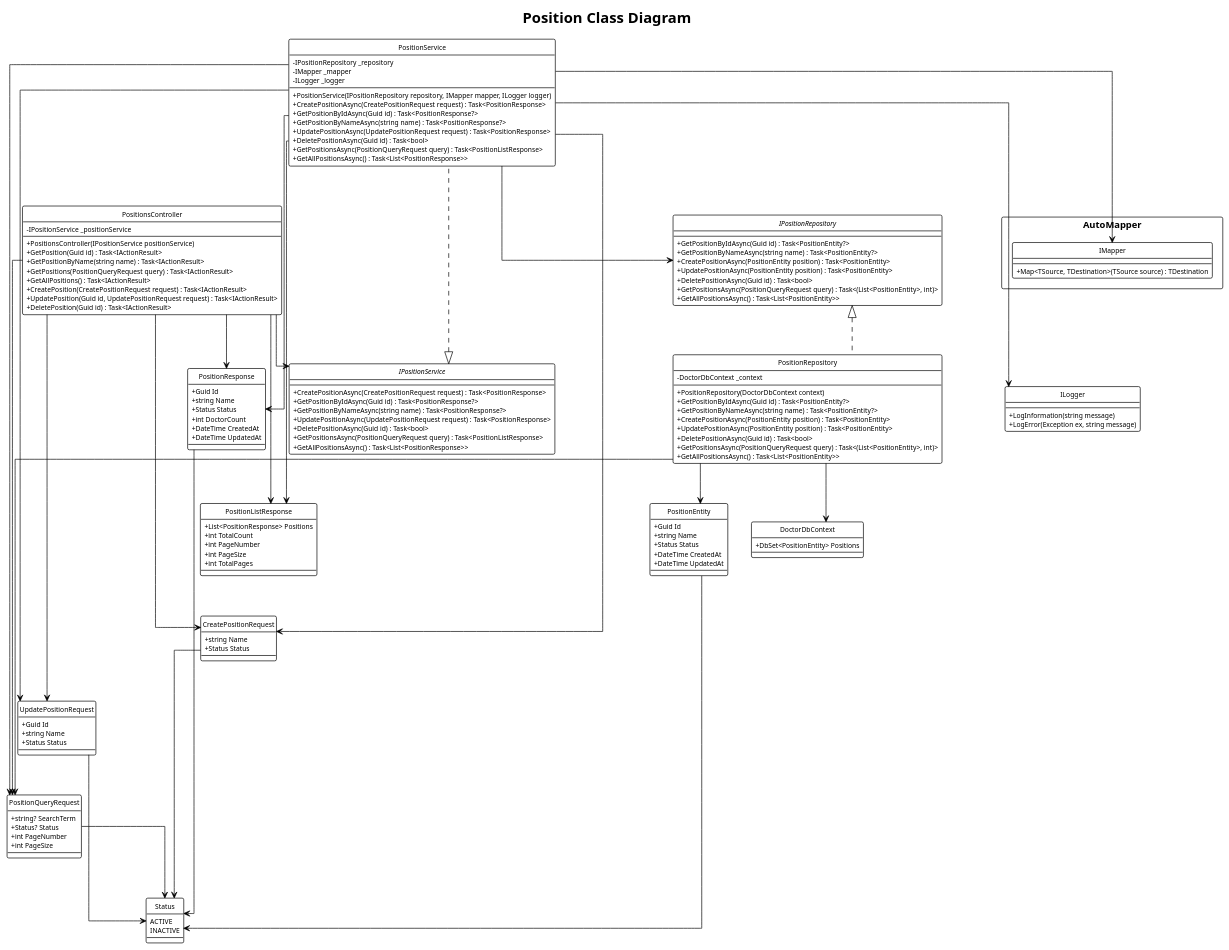
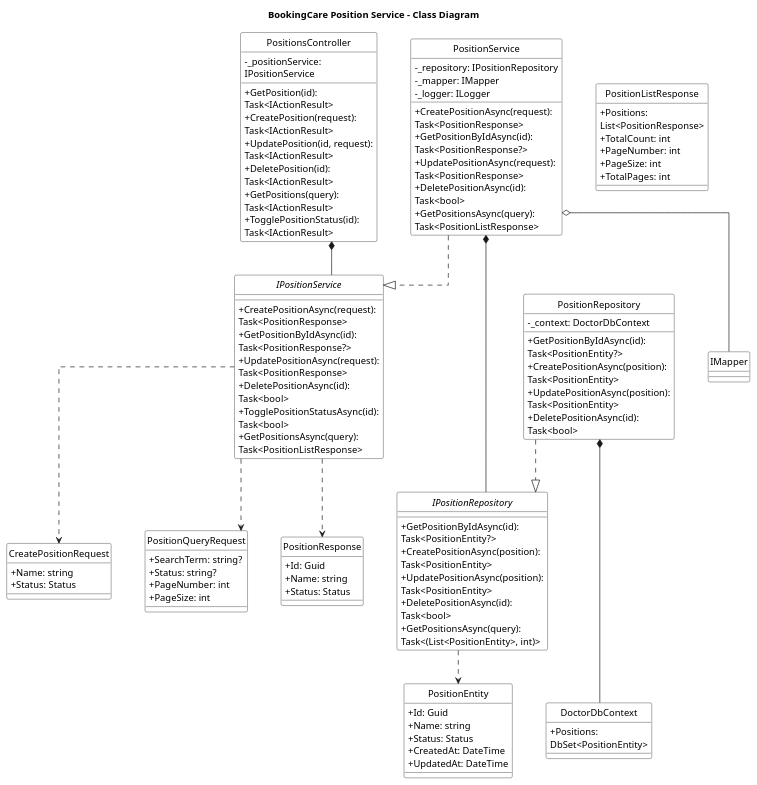
Before and after one commit to Capstone-FA25-MABS/BookingCareSystemBackend: the diagram in src/Services/BookingCare.Services.Doctor/class_diagram/position_class_diagram.puml, drawn with PlantUML. The commit also changed 28 other files, not shown here.

Commit message:
[FIX] update class diagram, markdown unit test

```diff
--- a/src/Services/BookingCare.Services.Doctor/class_diagram/position_class_diagram.puml
+++ b/src/Services/BookingCare.Services.Doctor/class_diagram/position_class_diagram.puml
@@ -1,211 +1,132 @@
-@startuml
-!theme plain
-title Position Class Diagram
+@startuml Position-Class-Diagram
+
+title BookingCare Position Service - Class Diagram
+
 hide circle
+skinparam classAttributeIconSize 0
+skinparam linetype ortho
+skinparam nodesep 50
+skinparam ranksep 50
+skinparam classBackgroundColor White
+skinparam classBorderColor Black
+skinparam wrapWidth 220
+skinparam maxMessageSize 220
 
-' ===== SKIN PARAMETERS =====
-skinparam class {
-    BackgroundColor White
-    BorderColor Black
-    ArrowColor Black
-    ArrowThickness 1
-    FontSize 10
+' ========== PRESENTATION LAYER ==========
+class PositionsController {
+    - _positionService: IPositionService
+    + GetPosition(id): Task<IActionResult>
+    + CreatePosition(request): Task<IActionResult>
+    + UpdatePosition(id, request): Task<IActionResult>
+    + DeletePosition(id): Task<IActionResult>
+    + GetPositions(query): Task<IActionResult>
+    + TogglePositionStatus(id): Task<IActionResult>
 }
 
-skinparam arrow {
-    Thickness 1
-    Color Black
+' ========== SERVICE LAYER ==========
+interface IPositionService {
+    + CreatePositionAsync(request): Task<PositionResponse>
+    + GetPositionByIdAsync(id): Task<PositionResponse?>
+    + UpdatePositionAsync(request): Task<PositionResponse>
+    + DeletePositionAsync(id): Task<bool>
+    + TogglePositionStatusAsync(id): Task<bool>
+    + GetPositionsAsync(query): Task<PositionListResponse>
 }
 
-skinparam linetype ortho
-skinparam packageStyle rectangle
-
-' ===== VISIBILITY MODIFIERS =====
-skinparam classAttribute {
-    IconSize 0
-    FontSize 10
+class PositionService {
+    - _repository: IPositionRepository
+    - _mapper: IMapper
+    - _logger: ILogger
+    + CreatePositionAsync(request): Task<PositionResponse>
+    + GetPositionByIdAsync(id): Task<PositionResponse?>
+    + UpdatePositionAsync(request): Task<PositionResponse>
+    + DeletePositionAsync(id): Task<bool>
+    + GetPositionsAsync(query): Task<PositionListResponse>
 }
 
-skinparam classMethod {
-    IconSize 0
-    FontSize 10
+' ========== REPOSITORY LAYER ==========
+interface IPositionRepository {
+    + GetPositionByIdAsync(id): Task<PositionEntity?>
+    + CreatePositionAsync(position): Task<PositionEntity>
+    + UpdatePositionAsync(position): Task<PositionEntity>
+    + DeletePositionAsync(id): Task<bool>
+    + GetPositionsAsync(query): Task<(List<PositionEntity>, int)>
 }
 
-' ===== CORE ENTITIES =====
-class PositionEntity {
-    + Guid Id
-    + string Name
-    + Status Status
-    + DateTime CreatedAt
-    + DateTime UpdatedAt
+class PositionRepository {
+    - _context: DoctorDbContext
+    + GetPositionByIdAsync(id): Task<PositionEntity?>
+    + CreatePositionAsync(position): Task<PositionEntity>
+    + UpdatePositionAsync(position): Task<PositionEntity>
+    + DeletePositionAsync(id): Task<bool>
 }
 
-' ===== REQUEST DTOs =====
-class CreatePositionRequest {
-    + string Name
-    + Status Status
+' ========== DATA LAYER ==========
+class DoctorDbContext {
+    + Positions: DbSet<PositionEntity>
 }
 
-class UpdatePositionRequest {
-    + Guid Id
-    + string Name
-    + Status Status
+' ========== ENTITIES ==========
+class PositionEntity {
+    + Id: Guid
+    + Name: string
+    + Status: Status
+    + CreatedAt: DateTime
+    + UpdatedAt: DateTime
+}
+
+' ========== DTOs ==========
+class CreatePositionRequest {
+    + Name: string
+    + Status: Status
 }
 
 class PositionQueryRequest {
-    + string? SearchTerm
-    + Status? Status
-    + int PageNumber
-    + int PageSize
+    + SearchTerm: string?
+    + Status: string?
+    + PageNumber: int
+    + PageSize: int
 }
 
-' ===== RESPONSE DTOs =====
 class PositionResponse {
-    + Guid Id
-    + string Name
-    + Status Status
-    + int DoctorCount
-    + DateTime CreatedAt
-    + DateTime UpdatedAt
+    + Id: Guid
+    + Name: string
+    + Status: Status
 }
 
 class PositionListResponse {
-    + List<PositionResponse> Positions
-    + int TotalCount
-    + int PageNumber
-    + int PageSize
-    + int TotalPages
+    + Positions: List<PositionResponse>
+    + TotalCount: int
+    + PageNumber: int
+    + PageSize: int
+    + TotalPages: int
 }
 
-' ===== REPOSITORY INTERFACE =====
-interface IPositionRepository {
-    + GetPositionByIdAsync(Guid id) : Task<PositionEntity?>
-    + GetPositionByNameAsync(string name) : Task<PositionEntity?>
-    + CreatePositionAsync(PositionEntity position) : Task<PositionEntity>
-    + UpdatePositionAsync(PositionEntity position) : Task<PositionEntity>
-    + DeletePositionAsync(Guid id) : Task<bool>
-    + GetPositionsAsync(PositionQueryRequest query) : Task<(List<PositionEntity>, int)>
-    + GetAllPositionsAsync() : Task<List<PositionEntity>>
-}
+' ========== LAYOUT HINTS ==========
+PositionsController -[hidden]down- IPositionService
+IPositionService -[hidden]down- IPositionRepository
+IPositionRepository -[hidden]down- DoctorDbContext
 
-' ===== REPOSITORY IMPLEMENTATION =====
-class PositionRepository {
-    - DoctorDbContext _context
-    --
-    + PositionRepository(DoctorDbContext context)
-    + GetPositionByIdAsync(Guid id) : Task<PositionEntity?>
-    + GetPositionByNameAsync(string name) : Task<PositionEntity?>
-    + CreatePositionAsync(PositionEntity position) : Task<PositionEntity>
-    + UpdatePositionAsync(PositionEntity position) : Task<PositionEntity>
-    + DeletePositionAsync(Guid id) : Task<bool>
-    + GetPositionsAsync(PositionQueryRequest query) : Task<(List<PositionEntity>, int)>
-    + GetAllPositionsAsync() : Task<List<PositionEntity>>
-}
+' ========== RELATIONSHIPS ==========
 
-' ===== SERVICE INTERFACE =====
-interface IPositionService {
-    + CreatePositionAsync(CreatePositionRequest request) : Task<PositionResponse>
-    + GetPositionByIdAsync(Guid id) : Task<PositionResponse?>
-    + GetPositionByNameAsync(string name) : Task<PositionResponse?>
-    + UpdatePositionAsync(UpdatePositionRequest request) : Task<PositionResponse>
-    + DeletePositionAsync(Guid id) : Task<bool>
-    + GetPositionsAsync(PositionQueryRequest query) : Task<PositionListResponse>
-    + GetAllPositionsAsync() : Task<List<PositionResponse>>
-}
+' Controller Layer
+PositionsController *-- IPositionService
 
-' ===== SERVICE IMPLEMENTATION =====
-class PositionService {
-    - IPositionRepository _repository
-    - IMapper _mapper
-    - ILogger _logger
-    --
-    + PositionService(IPositionRepository repository, IMapper mapper, ILogger logger)
-    + CreatePositionAsync(CreatePositionRequest request) : Task<PositionResponse>
-    + GetPositionByIdAsync(Guid id) : Task<PositionResponse?>
-    + GetPositionByNameAsync(string name) : Task<PositionResponse?>
-    + UpdatePositionAsync(UpdatePositionRequest request) : Task<PositionResponse>
-    + DeletePositionAsync(Guid id) : Task<bool>
-    + GetPositionsAsync(PositionQueryRequest query) : Task<PositionListResponse>
-    + GetAllPositionsAsync() : Task<List<PositionResponse>>
-}
+' Service Layer
+PositionService ..|> IPositionService
+PositionService *-- IPositionRepository
+PositionService o-- IMapper
 
-' ===== CONTROLLER =====
-class PositionsController {
-    - IPositionService _positionService
-    --
-    + PositionsController(IPositionService positionService)
-    + GetPosition(Guid id) : Task<IActionResult>
-    + GetPositionByName(string name) : Task<IActionResult>
-    + GetPositions(PositionQueryRequest query) : Task<IActionResult>
-    + GetAllPositions() : Task<IActionResult>
-    + CreatePosition(CreatePositionRequest request) : Task<IActionResult>
-    + UpdatePosition(Guid id, UpdatePositionRequest request) : Task<IActionResult>
-    + DeletePosition(Guid id) : Task<IActionResult>
-}
+' Repository Layer
+PositionRepository ..|> IPositionRepository
+PositionRepository *-- DoctorDbContext
 
-' ===== EXTERNAL DEPENDENCIES =====
-class DoctorDbContext {
-    + DbSet<PositionEntity> Positions
-}
+' Service Uses DTOs
+IPositionService ..> CreatePositionRequest
+IPositionService ..> PositionQueryRequest
+IPositionService ..> PositionResponse
 
-class AutoMapper.IMapper {
-    + Map<TSource, TDestination>(TSource source) : TDestination
-}
-
-class ILogger {
-    + LogInformation(string message)
-    + LogError(Exception ex, string message)
-}
-
-' ===== ENUMS =====
-enum Status {
-    ACTIVE
-    INACTIVE
-}
-
-' ===== LAYOUT POSITIONING =====
-PositionEntity -[hidden]- CreatePositionRequest
-CreatePositionRequest -[hidden]- UpdatePositionRequest
-UpdatePositionRequest -[hidden]- PositionQueryRequest
-
-PositionResponse -[hidden]- PositionListResponse
-
-IPositionRepository -[hidden]- PositionRepository
-PositionRepository -[hidden]- DoctorDbContext
-
-IPositionService -[hidden]- PositionService
-PositionService -[hidden]- PositionsController
-
-IMapper -[hidden]- ILogger
-
-' ===== RELATIONSHIPS =====
-IPositionRepository <|.. PositionRepository
-IPositionService <|.. PositionService
-
-PositionRepository --> DoctorDbContext
-PositionRepository --> PositionEntity
-PositionRepository --> PositionQueryRequest
-
-PositionService --> IPositionRepository
-PositionService --> IMapper
-PositionService --> ILogger
-PositionService --> CreatePositionRequest
-PositionService --> UpdatePositionRequest
-PositionService --> PositionQueryRequest
-PositionService --> PositionResponse
-PositionService --> PositionListResponse
-
-PositionsController --> IPositionService
-PositionsController --> CreatePositionRequest
-PositionsController --> UpdatePositionRequest
-PositionsController --> PositionQueryRequest
-PositionsController --> PositionResponse
-PositionsController --> PositionListResponse
-
-PositionEntity --> Status
-CreatePositionRequest --> Status
-UpdatePositionRequest --> Status
-PositionQueryRequest --> Status
-PositionResponse --> Status
+' Repository Uses Entities
+IPositionRepository ..> PositionEntity
 
 @enduml
```
